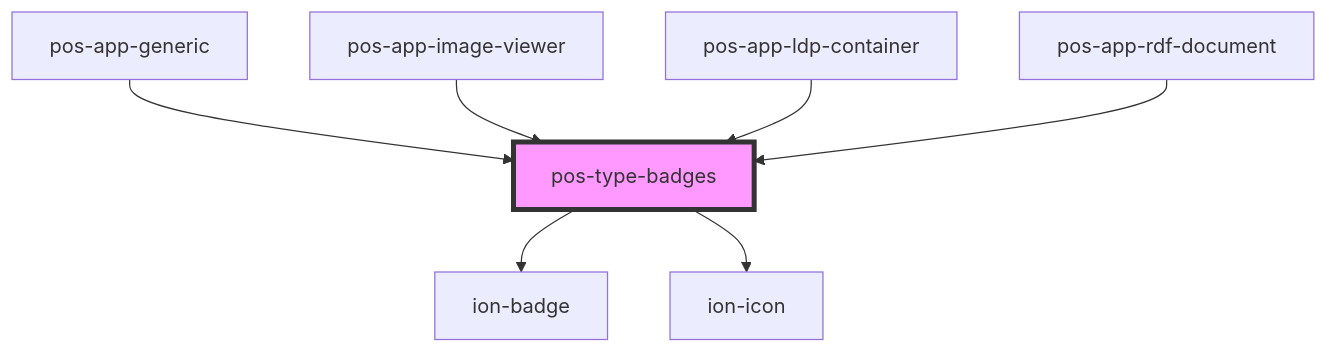
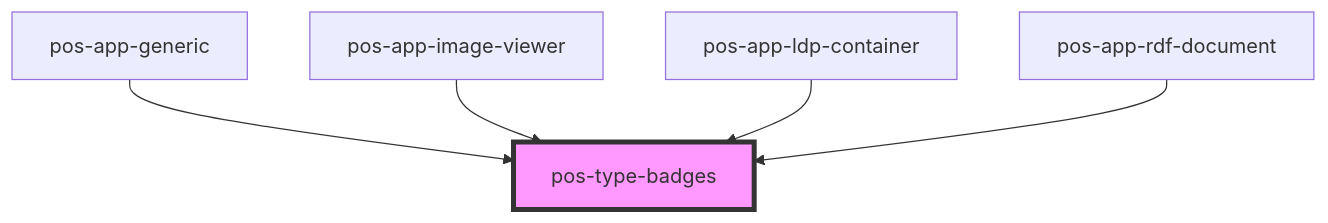
One commit to pod-os/PodOS changed the diagram in docs/elements/components/pos-type-badges/readme.md. Above: the diagram before and after it, drawn with Mermaid. The commit also changed other lines of this file and 31 other files, not shown here.

````diff
--- a/docs/elements/components/pos-type-badges/readme.md
+++ b/docs/elements/components/pos-type-badges/readme.md
@@ -30,10 +25,8 @@
 ```mermaid
 graph TD;
-  pos-type-badges --> ion-badge
-  pos-type-badges --> ion-icon
   pos-app-generic --> pos-type-badges
   pos-app-image-viewer --> pos-type-badges
   pos-app-ldp-container --> pos-type-badges
   pos-app-rdf-document --> pos-type-badges
   style pos-type-badges fill:#f9f,stroke:#333,stroke-width:4px
 ```
````
